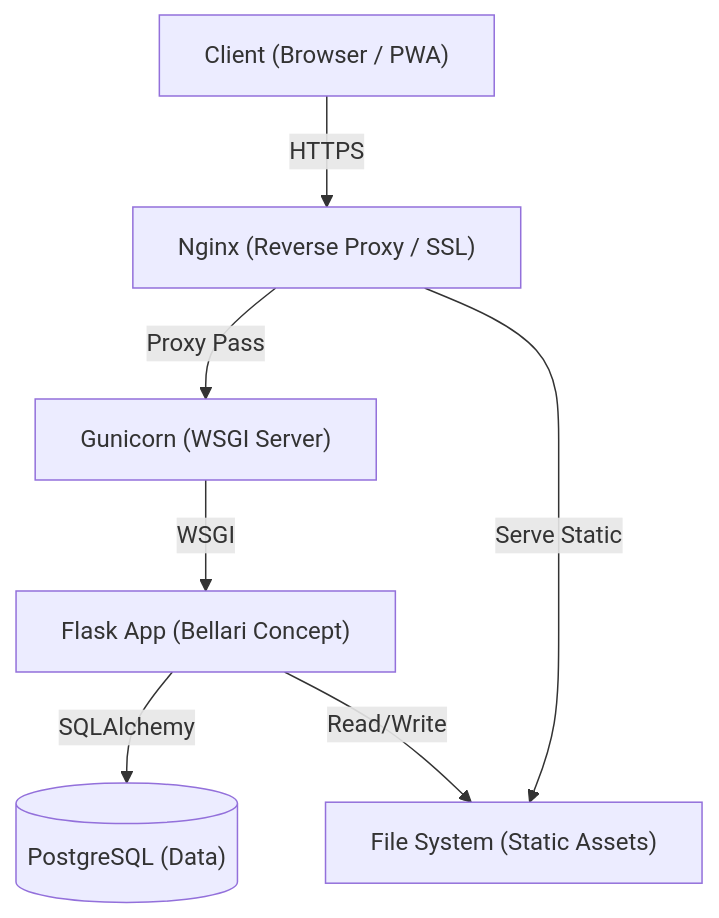
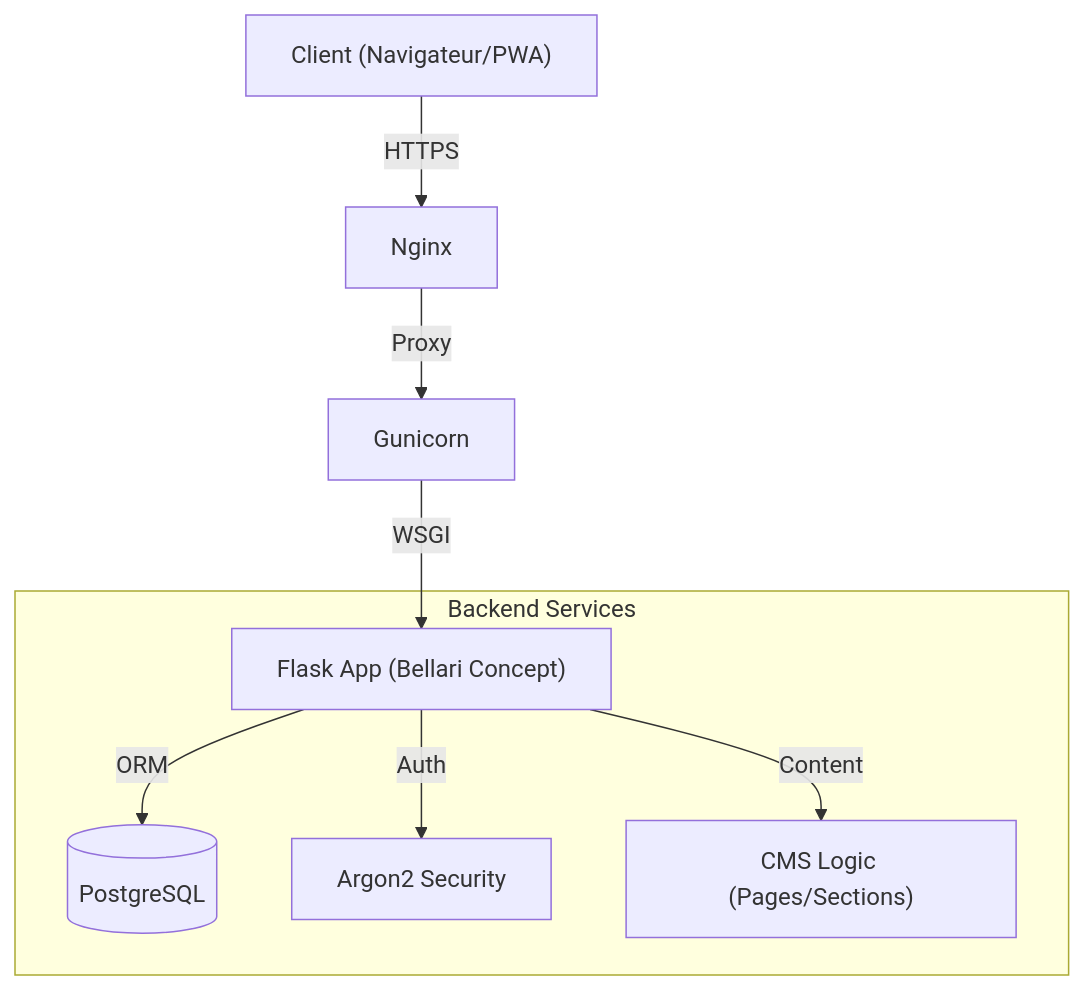
One commit to moa-digitalagency/BellariConcept changed the diagram in README.md. Above: the diagram before and after it, drawn with Mermaid. The commit also changed other lines of this file and 8 other files, not shown here.

Commit message:
Docs: Generate enterprise-grade bilingual documentation and legal files for Bellari Concept

````diff
--- a/README.md
+++ b/README.md
@@ -19,16 +23,12 @@
 ```mermaid
 graph TD
-    Client["Client (Browser / PWA)"]
-    Nginx["Nginx (Reverse Proxy / SSL)"]
-    Gunicorn["Gunicorn (WSGI Server)"]
-    Flask["Flask App (Bellari Concept)"]
-    DB[("PostgreSQL (Data)")]
-    FS["File System (Static Assets)"]
+    Client["Client (Navigateur/PWA)"] -->|HTTPS| Nginx["Nginx"]
+    Nginx -->|Proxy| Gunicorn["Gunicorn"]
+    Gunicorn -->|WSGI| App["Flask App (Bellari Concept)"]
 
-    Client -->|HTTPS| Nginx
-    Nginx -->|Proxy Pass| Gunicorn
-    Nginx -->|Serve Static| FS
-    Gunicorn -->|WSGI| Flask
-    Flask -->|SQLAlchemy| DB
-    Flask -->|Read/Write| FS
+    subgraph "Backend Services"
+        App -->|ORM| DB[("PostgreSQL")]
+        App -->|Auth| Security["Argon2 Security"]
+        App -->|Content| CMS["CMS Logic (Pages/Sections)"]
+    end
 ```
````
